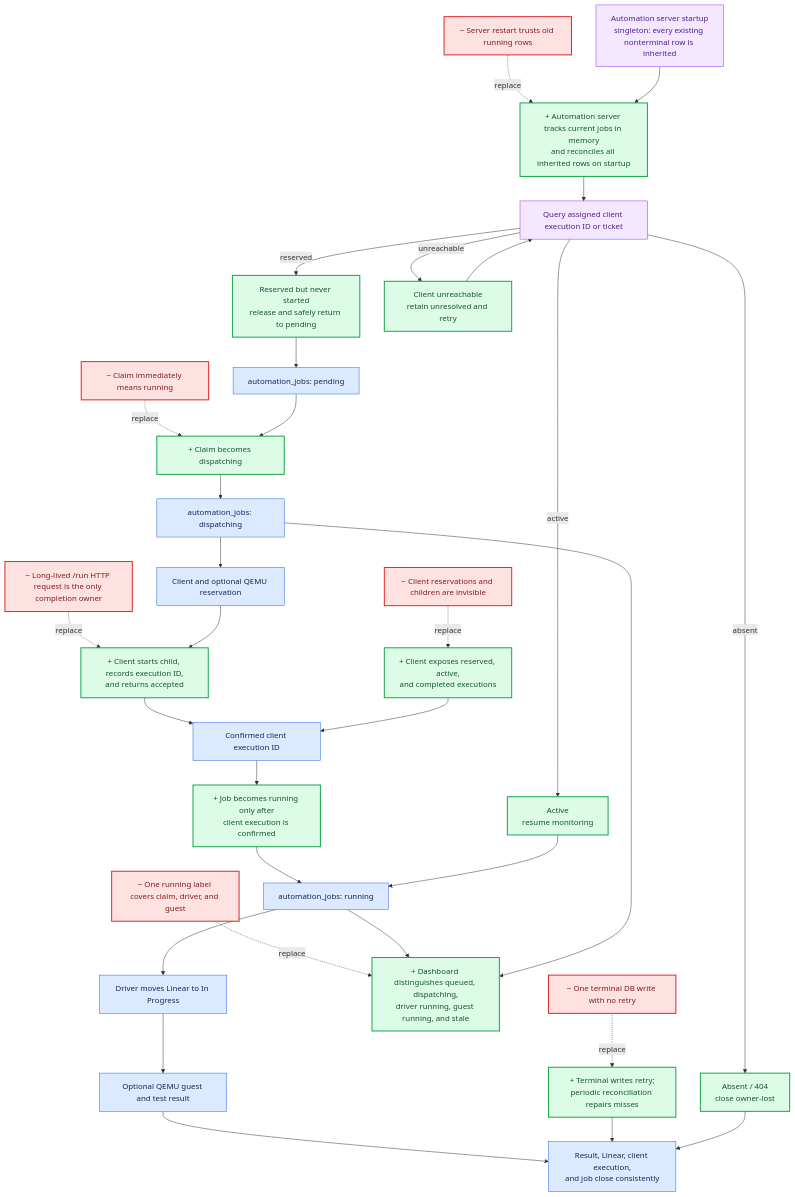
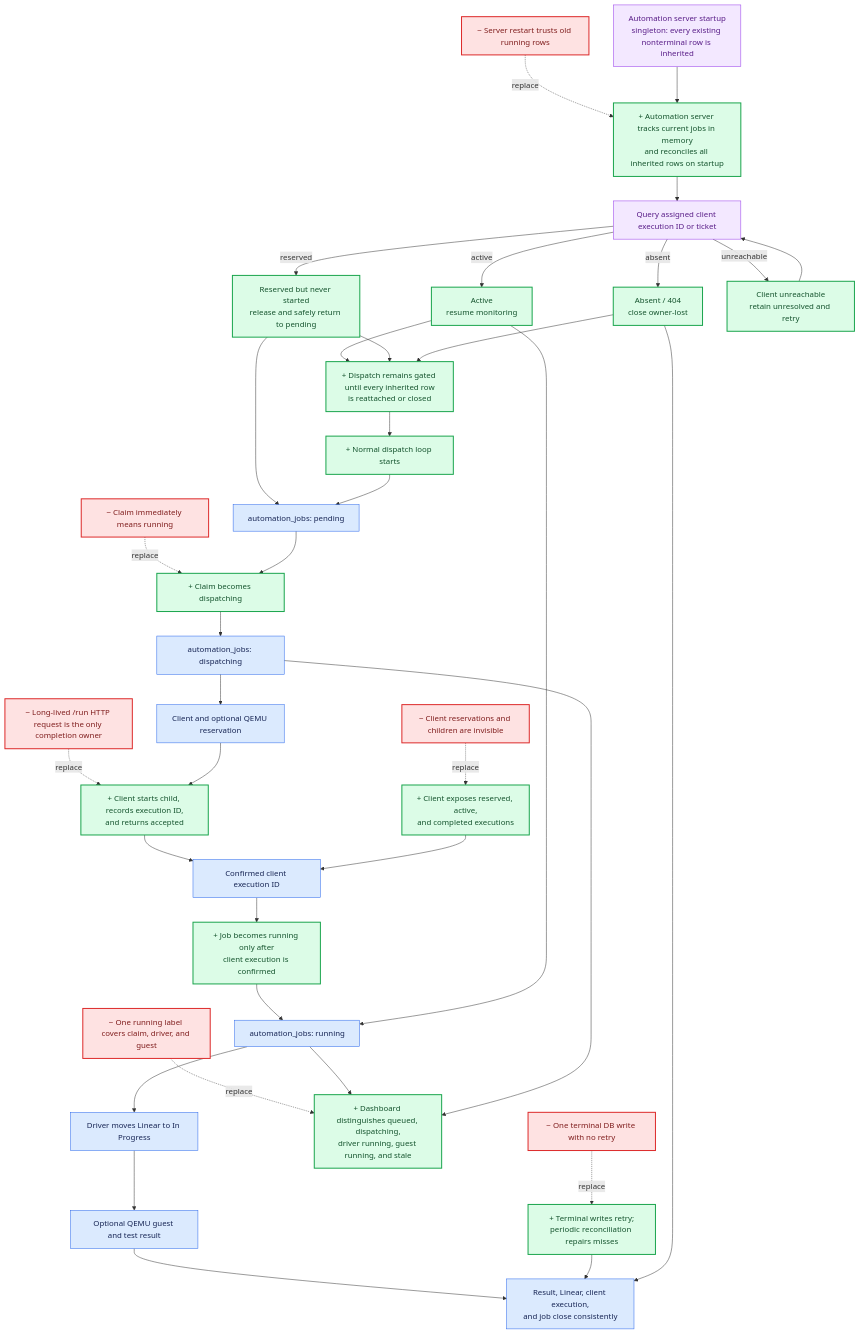
The second of 2 diagrams in MUST_FIX.MD (ThePrimeagen/Oligarchy), drawn with Mermaid before and after one commit. The commit also changed other lines of this file, not shown here.

Commit message:
Gate dispatch on startup reconciliation

````diff
--- a/MUST_FIX.MD
+++ b/MUST_FIX.MD
@@ -77,57 +77,64 @@
 ```mermaid
 flowchart TB
   classDef removed fill:#fee2e2,stroke:#dc2626,color:#7f1d1d,stroke-width:2px
   classDef added fill:#dcfce7,stroke:#16a34a,color:#14532d,stroke-width:2px
   classDef kept fill:#dbeafe,stroke:#2563eb,color:#172554
   classDef decision fill:#f3e8ff,stroke:#9333ea,color:#581c87
 
   R1["− Claim immediately means running"]:::removed
   R2["− Long-lived /run HTTP request is the only completion owner"]:::removed
   R3["− Server restart trusts old running rows"]:::removed
   R4["− Client reservations and children are invisible"]:::removed
   R5["− One terminal DB write with no retry"]:::removed
   R6["− One running label covers claim, driver, and guest"]:::removed
 
   N1["+ Claim becomes dispatching"]:::added
   N2["+ Client starts child, records execution ID,<br/>and returns accepted"]:::added
   N3["+ Client exposes reserved, active,<br/>and completed executions"]:::added
   N4["+ Job becomes running only after<br/>client execution is confirmed"]:::added
   N5["+ Automation server tracks current jobs in memory<br/>and reconciles all inherited rows on startup"]:::added
   N6["+ Terminal writes retry;<br/>periodic reconciliation repairs misses"]:::added
   N7["+ Dashboard distinguishes queued, dispatching,<br/>driver running, guest running, and stale"]:::added
+  N8["+ Dispatch remains gated until every inherited row<br/>is reattached or closed"]:::added
+  N9["+ Normal dispatch loop starts"]:::added
 
   R1 -. "replace" .-> N1
   R2 -. "replace" .-> N2
   R4 -. "replace" .-> N3
   R3 -. "replace" .-> N5
   R5 -. "replace" .-> N6
   R6 -. "replace" .-> N7
 
   P["automation_jobs: pending"]:::kept
   D["automation_jobs: dispatching"]:::kept
   RES["Client and optional QEMU reservation"]:::kept
   EX["Confirmed client execution ID"]:::kept
   RUN["automation_jobs: running"]:::kept
   LIN["Driver moves Linear to In Progress"]:::kept
   GUEST["Optional QEMU guest and test result"]:::kept
   DONE["Result, Linear, client execution,<br/>and job close consistently"]:::kept
 
   P --> N1 --> D --> RES --> N2 --> EX --> N4 --> RUN --> LIN --> GUEST --> DONE
   N3 --> EX
   N6 --> DONE
   RUN --> N7
   D --> N7
 
   START["Automation server startup<br/>singleton: every existing nonterminal row is inherited"]:::decision
   QUERY["Query assigned client execution ID or ticket"]:::decision
   ACTIVE["Active<br/>resume monitoring"]:::added
   RESERVED["Reserved but never started<br/>release and safely return to pending"]:::added
   ABSENT["Absent / 404<br/>close owner-lost"]:::added
   UNREACHABLE["Client unreachable<br/>retain unresolved and retry"]:::added
 
   START --> N5 --> QUERY
   QUERY -->|"active"| ACTIVE --> RUN
   QUERY -->|"reserved"| RESERVED --> P
   QUERY -->|"absent"| ABSENT --> DONE
   QUERY -->|"unreachable"| UNREACHABLE --> QUERY
+  ACTIVE --> N8
+  RESERVED --> N8
+  ABSENT --> N8
+  N8 --> N9
+  N9 --> P
 ```
````
